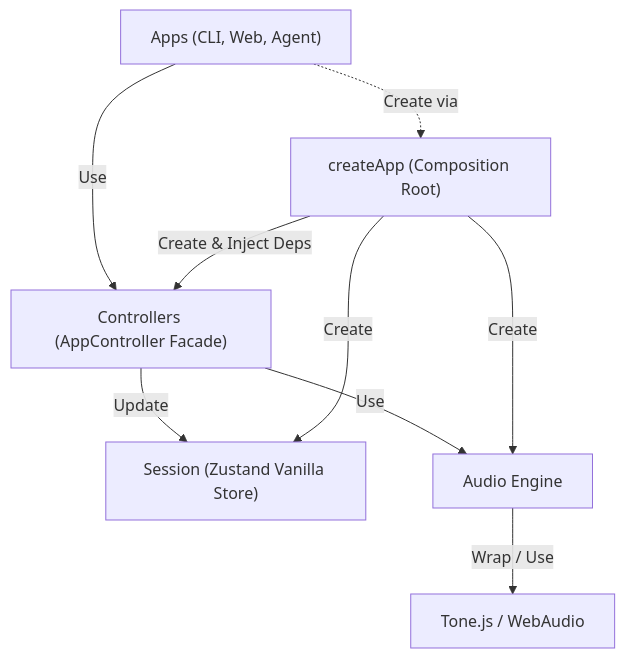
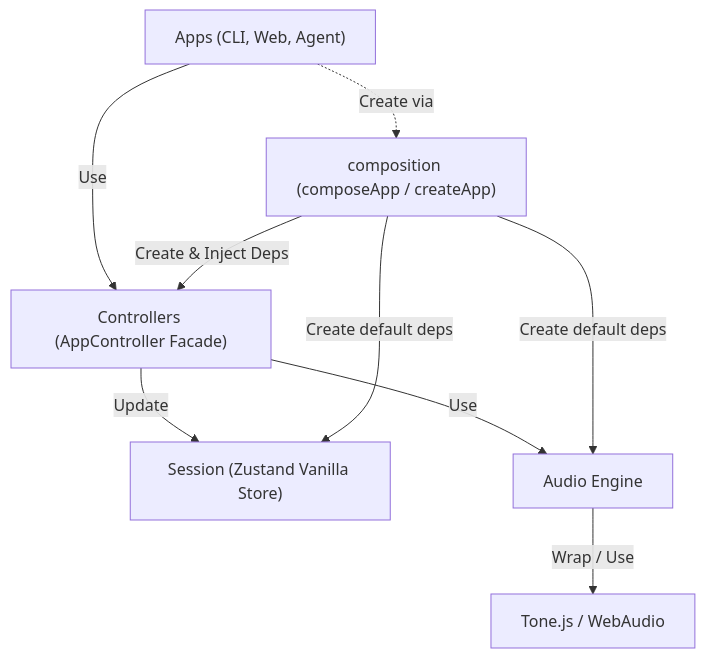
The diagram in src/layers/discipline.md (whizzkid1452/drop-ai-v3), drawn with Mermaid before and after one commit. The commit also changed other lines of this file and 1 other file, not shown here.

First line of the commit message:
docs(layers): composeApp / createApp 분리에 맞춰 discipline 및 테스트 갱신

````diff
--- a/src/layers/discipline.md
+++ b/src/layers/discipline.md
@@ -12,21 +14,21 @@
 ```mermaid
 graph TD
     Apps["Apps (CLI, Web, Agent)"]
     Controllers["Controllers (AppController Facade)"]
     Session["Session (Zustand Vanilla Store)"]
     AudioEngine["Audio Engine"]
     ToneJS["Tone.js / WebAudio"]
-    CreateApp["createApp (Composition Root)"]
+    Composition["composition (composeApp / createApp)"]
 
     Apps -->|Use| Controllers
-    Apps -.->|Create via| CreateApp
+    Apps -.->|Create via| Composition
 
     Controllers -->|Use| AudioEngine
     Controllers -->|Update| Session
 
     AudioEngine -->|Wrap / Use| ToneJS
 
-    CreateApp -->|Create| AudioEngine
-    CreateApp -->|Create| Session
-    CreateApp -->|Create & Inject Deps| Controllers
+    Composition -->|Create default deps| AudioEngine
+    Composition -->|Create default deps| Session
+    Composition -->|Create & Inject Deps| Controllers
 ```
````
